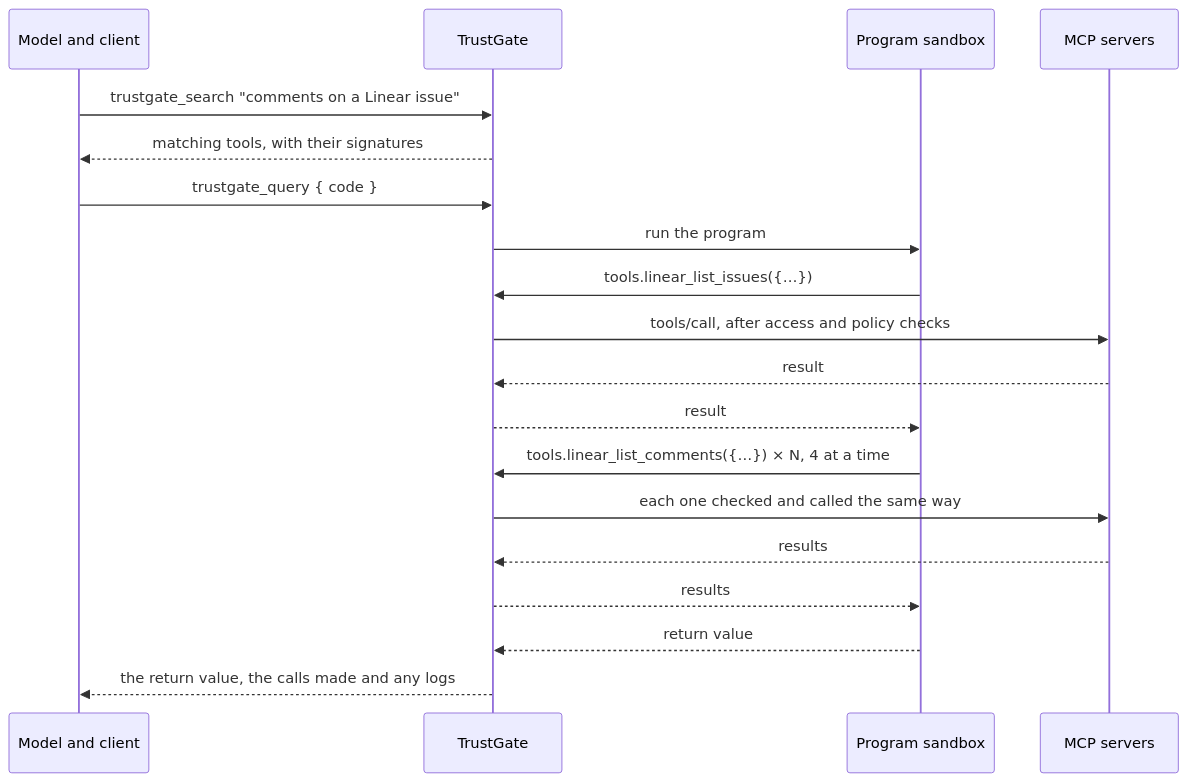
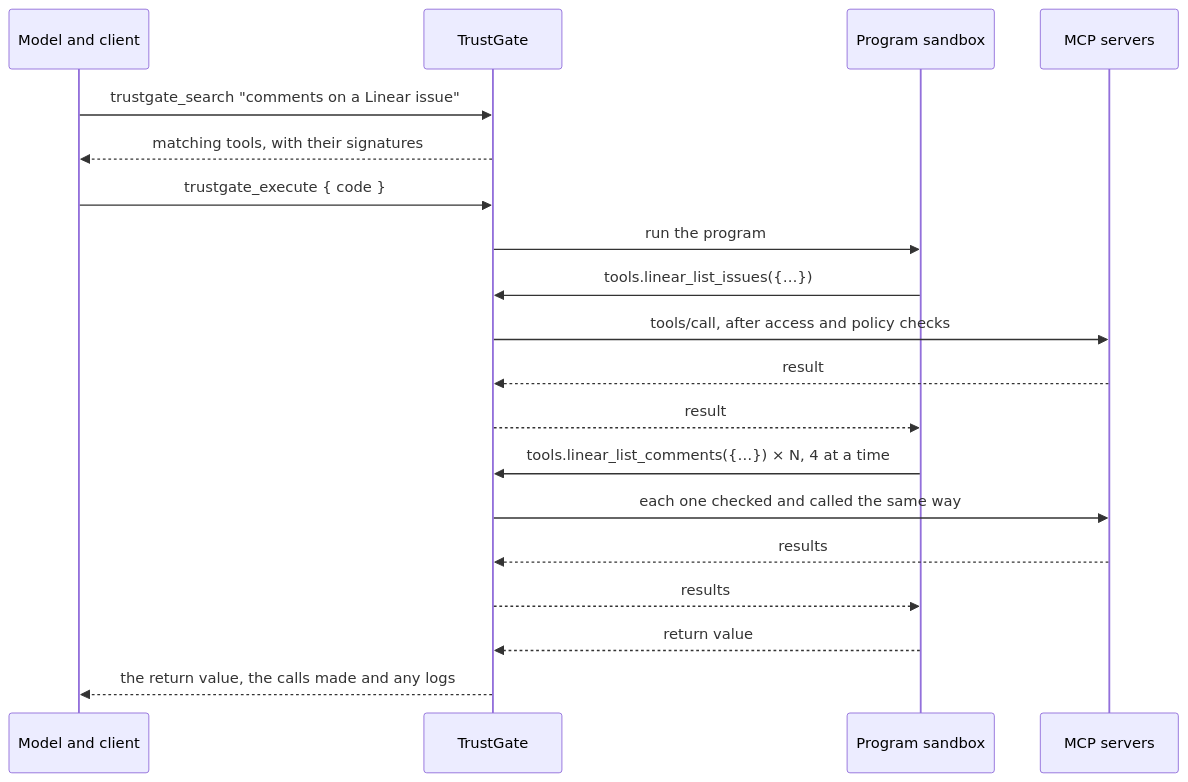
One commit to NeuralTrust/docs changed the diagram in trustgate/mcp/code-mode.mdx. Above: the diagram before and after it, drawn with Mermaid. The commit also changed other lines of this file, not shown here.

First line of the commit message:
docs(trustgate): Code Mode is one tool, trustgate_execute

````diff
--- a/trustgate/mcp/code-mode.mdx
+++ b/trustgate/mcp/code-mode.mdx
@@ -66,21 +67,21 @@
 ```mermaid
 sequenceDiagram
   participant M as Model and client
   participant G as TrustGate
   participant S as Program sandbox
   participant U as MCP servers
   M->>G: trustgate_search "comments on a Linear issue"
   G-->>M: matching tools, with their signatures
-  M->>G: trustgate_query { code }
+  M->>G: trustgate_execute { code }
   G->>S: run the program
   S->>G: tools.linear_list_issues({…})
   G->>U: tools/call, after access and policy checks
   U-->>G: result
   G-->>S: result
   S->>G: tools.linear_list_comments({…}) × N, 4 at a time
   G->>U: each one checked and called the same way
   U-->>G: results
   G-->>S: results
   S-->>G: return value
   G-->>M: the return value, the calls made and any logs
 ```
````
